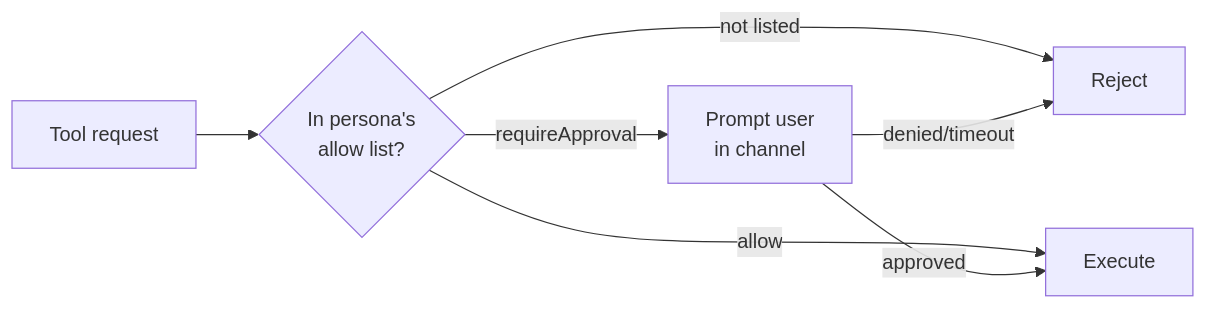
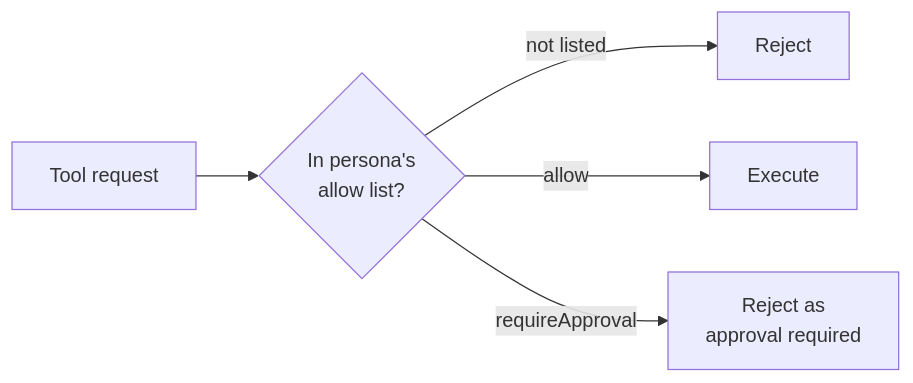
Before and after one commit to ivo-toby/talon: the third of 5 diagrams in README.md, drawn with Mermaid. The commit also changed other lines of this file and 6 other files, not shown here.

Commit message:
fix: enforce requireApproval host tool gate

````diff
--- a/README.md
+++ b/README.md
@@ -904,9 +904,7 @@
 ```mermaid
 flowchart LR
     A[Tool request] --> B{In persona's<br/>allow list?}
     B -->|not listed| C[Reject]
     B -->|allow| D[Execute]
-    B -->|requireApproval| E[Prompt user<br/>in channel]
-    E -->|approved| D
-    E -->|denied/timeout| C
+    B -->|requireApproval| E[Reject as<br/>approval required]
 ```
````
